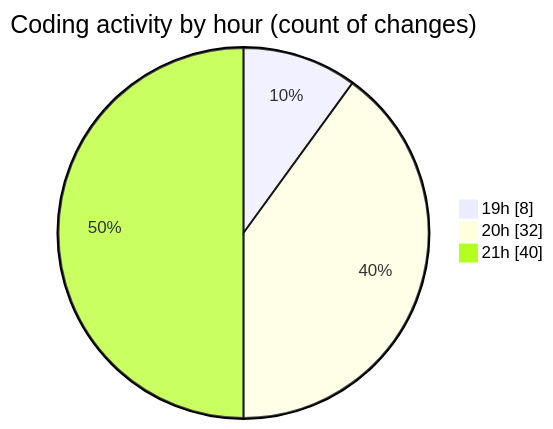
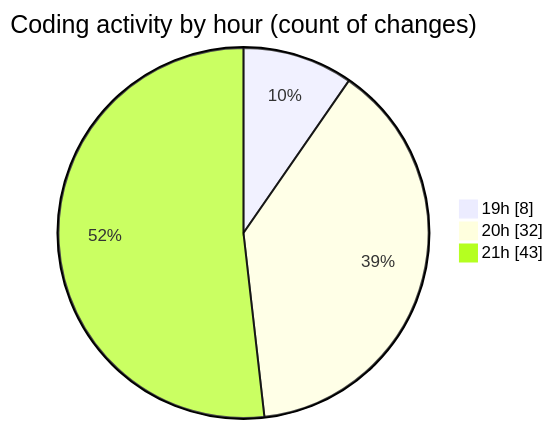
One commit to Elitesun/code-tracking changed the second of 2 diagrams in 2025-05-27/ecom_store/README.md. Above: the diagram before and after it, drawn with Mermaid. The commit also changed other lines of this file and 1 other file, not shown here.

````diff
--- a/2025-05-27/ecom_store/README.md
+++ b/2025-05-27/ecom_store/README.md
@@ -53,7 +53,7 @@
 ```mermaid
 pie showData
 title Coding activity by hour (count of changes)
 "19h" : 8
 "20h" : 32
-"21h" : 40
+"21h" : 43
 ```
````
